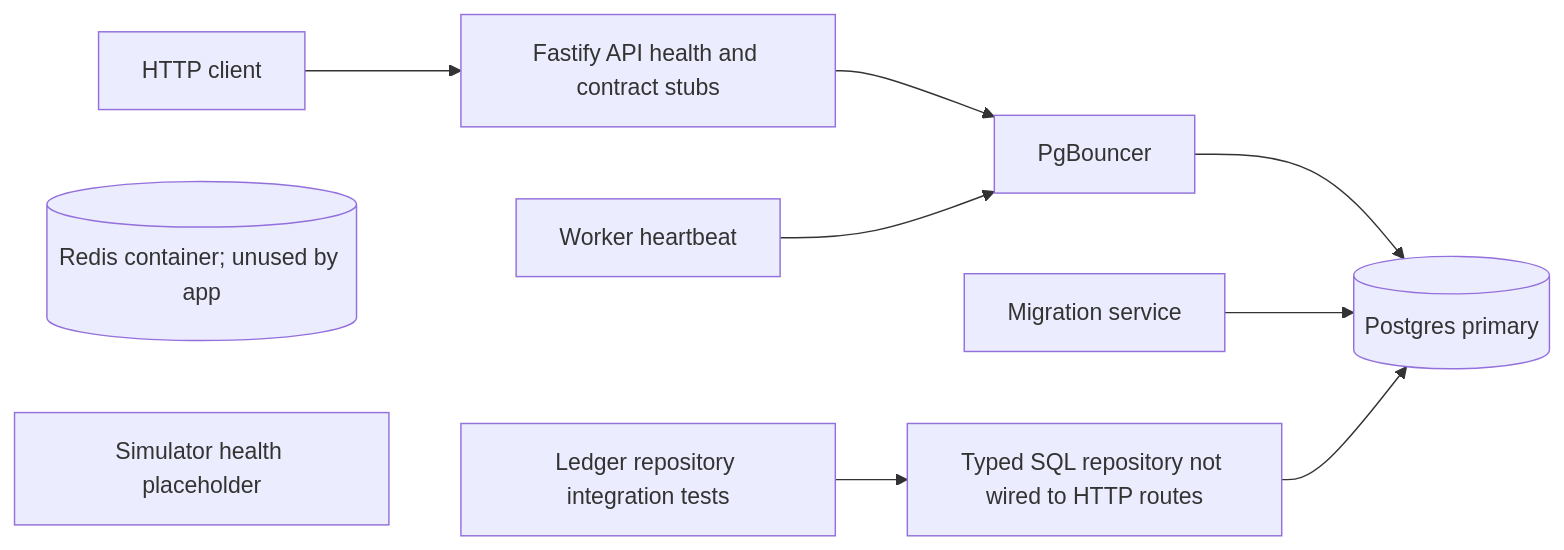
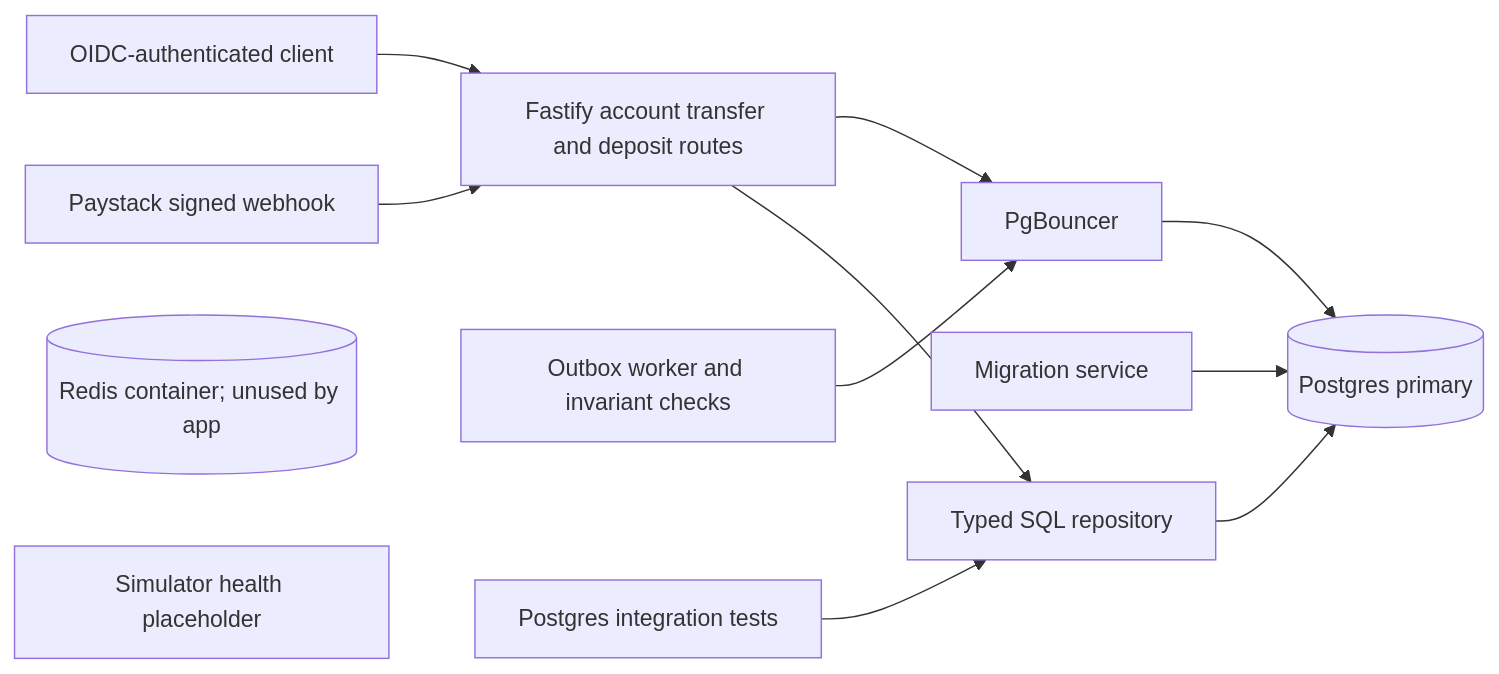
One commit to CodexEmmzy/OpenLedger changed the first of 8 diagrams in docs/architecture.md. Above: the diagram before and after it, drawn with Mermaid. The commit also changed other lines of this file and 13 other files, not shown here.

Commit message:
feat: enhance Paystack integration with webhook handling, update authorization URL validation, and improve security measures

````diff
--- a/docs/architecture.md
+++ b/docs/architecture.md
@@ -11,12 +11,14 @@
 ```mermaid
 flowchart LR
-    client[HTTP client] --> api[Fastify API health and contract stubs]
+    client[OIDC-authenticated client] --> api[Fastify account transfer and deposit routes]
     api --> pool[PgBouncer]
-    worker[Worker heartbeat] --> pool
+    worker[Outbox worker and invariant checks] --> pool
     pool --> db[(Postgres primary)]
     migrate[Migration service] --> db
-    tests[Ledger repository integration tests] --> apiRepo[Typed SQL repository not wired to HTTP routes]
+    tests[Postgres integration tests] --> apiRepo[Typed SQL repository]
+    api --> apiRepo
     apiRepo --> db
+    provider[Paystack signed webhook] --> api
     redis[(Redis container; unused by app)]
     simulator[Simulator health placeholder]
 ```
````
